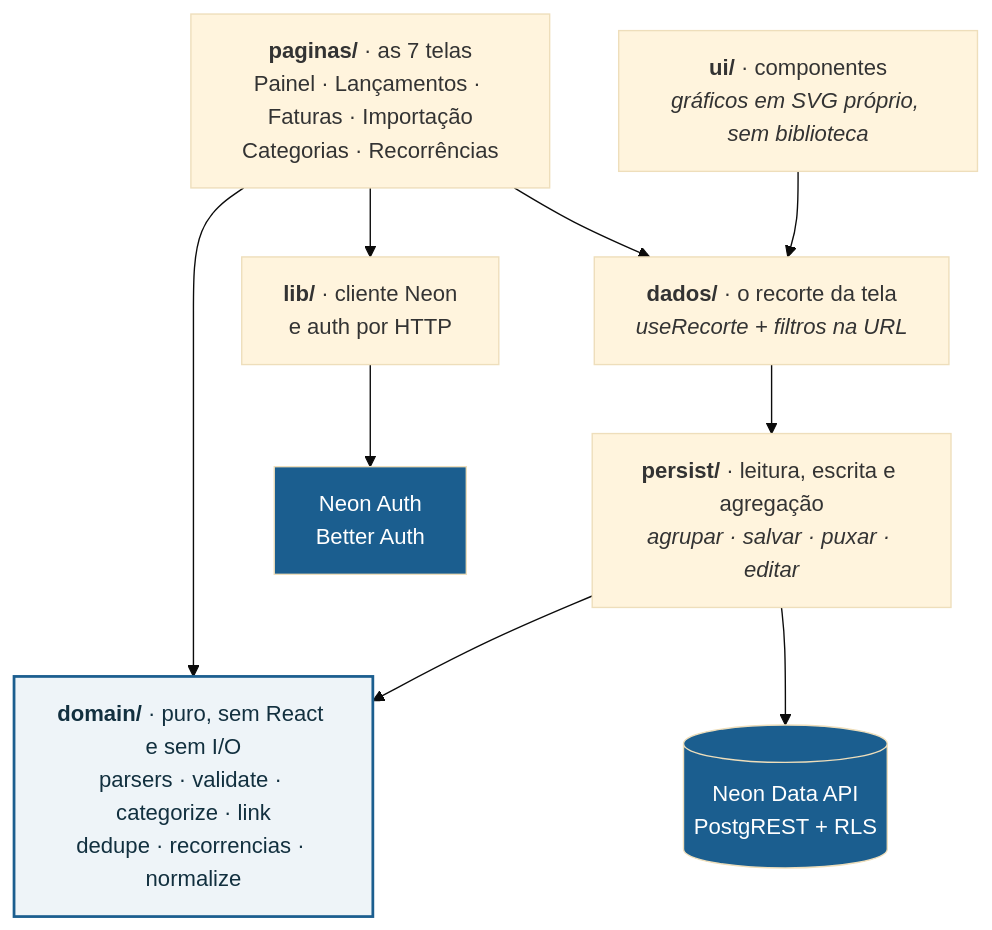
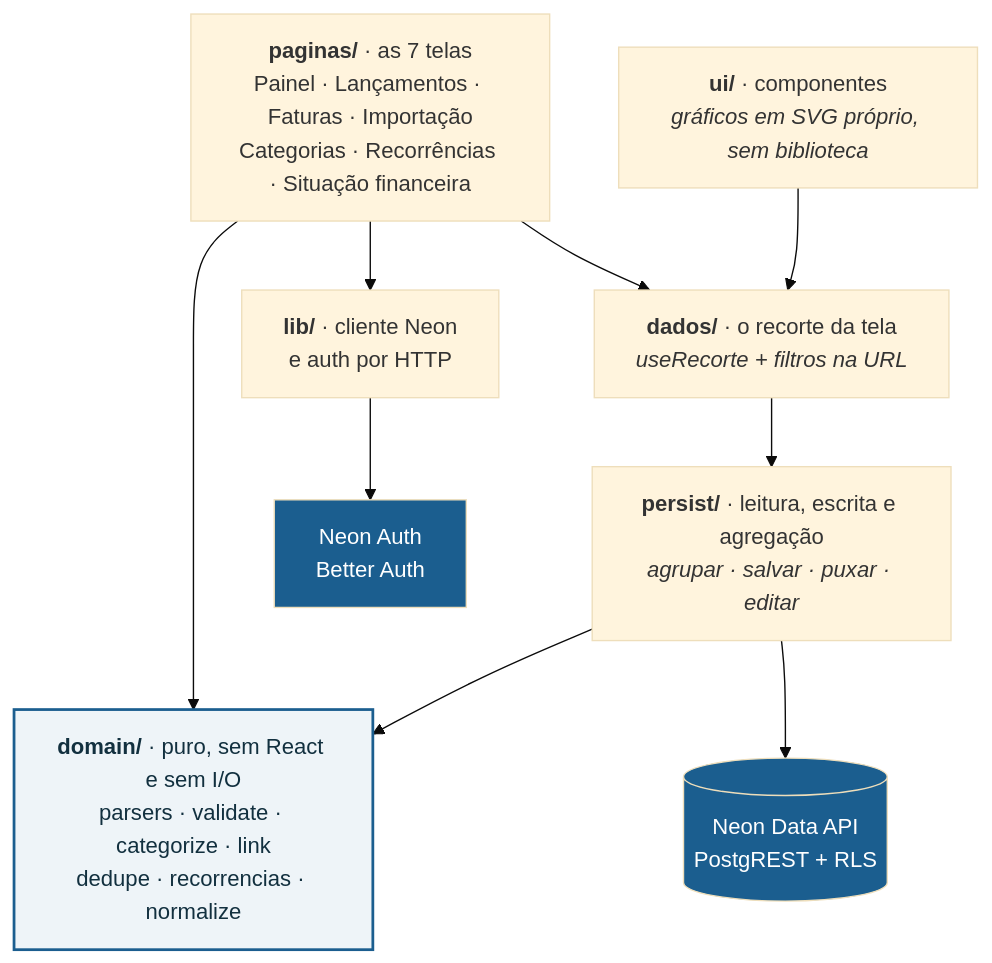
Before and after one commit to cielioqueiroz/controle-financeiro: the second of 4 diagrams in README.md, drawn with Mermaid (base theme). The commit also changed other lines of this file, not shown here.

First line of the commit message:
docs(readme): atualizar funcionalidades do painel

````diff
--- a/README.md
+++ b/README.md
@@ -136,23 +151,23 @@
 ```mermaid
 graph TD
-    PG["<b>paginas/</b> · as 7 telas<br/>Painel · Lançamentos · Faturas · Importação<br/>Categorias · Recorrências"]
+    PG["<b>paginas/</b> · as 7 telas<br/>Painel · Lançamentos · Faturas · Importação<br/>Categorias · Recorrências · Situação financeira"]
     CP["<b>ui/</b> · componentes<br/><i>gráficos em SVG próprio, sem biblioteca</i>"]
     RC["<b>dados/</b> · o recorte da tela<br/><i>useRecorte + filtros na URL</i>"]
     DOM["<b>domain/</b> · puro, sem React e sem I/O<br/>parsers · validate · categorize · link<br/>dedupe · recorrencias · normalize"]
     PER["<b>persist/</b> · leitura, escrita e agregação<br/><i>agrupar · salvar · puxar · editar</i>"]
     LIB["<b>lib/</b> · cliente Neon<br/>e auth por HTTP"]
     NEON[("Neon Data API<br/>PostgREST + RLS")]
     AUTH["Neon Auth<br/>Better Auth"]
 
     PG --> RC
     CP --> RC
     RC --> PER
     PG --> DOM
     PER --> DOM
     PER --> NEON
     PG --> LIB --> AUTH
 
     style DOM fill:#eef4f8,stroke:#1b5e8f,stroke-width:2px,color:#12303f
     style NEON fill:#1b5e8f,color:#fff
     style AUTH fill:#1b5e8f,color:#fff
 ```
````
